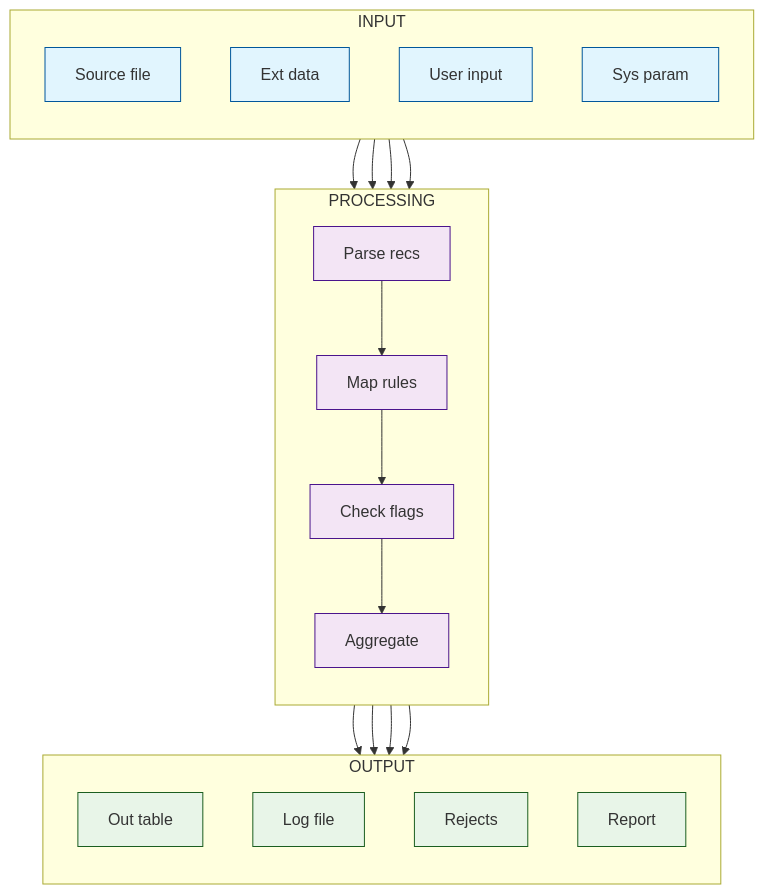
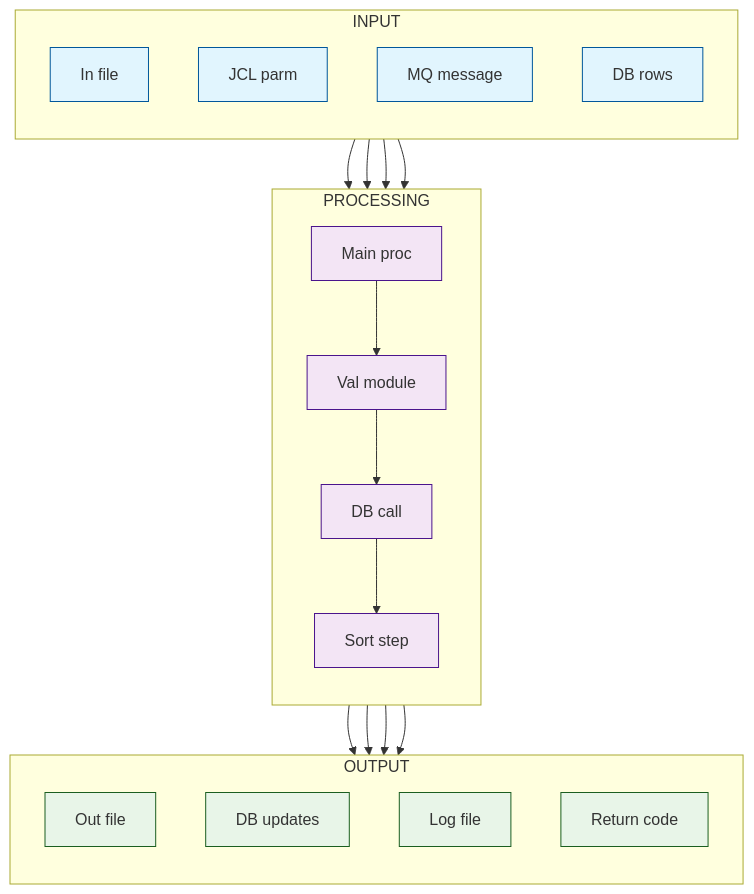
Before and after one commit to robertangeles/repo-ai-prompts: the diagram in cobol_decode_v2.md, drawn with Mermaid.

````diff
--- a/cobol_decode_v2.md
+++ b/cobol_decode_v2.md
@@ -66,46 +66,46 @@
 ```mermaid
 graph TB
     subgraph "INPUT"
         direction TB
-        IN_A[Source file]
-        IN_B[Ext data]
-        IN_C[User input]
-        IN_D[Sys param]
+        IN_FILE[In file]
+        JCL_PARM[JCL parm]
+        MQ_MSG[MQ message]
+        DB_ROWS[DB rows]
     end
 
     subgraph "PROCESSING"
         direction TB
-        PR_A[Parse recs]
-        PR_B[Map rules]
-        PR_C[Check flags]
-        PR_D[Aggregate]
+        MAIN_PROC[Main proc]
+        VAL_MOD[Val module]
+        DB_CALL[DB call]
+        SORT_STEP[Sort step]
     end
 
     subgraph "OUTPUT"
         direction TB
-        OUT_A[Out table]
-        OUT_B[Log file]
-        OUT_C[Rejects]
-        OUT_D[Report]
+        OUT_FILE[Out file]
+        OUT_TBL[DB updates]
+        LOG_FILE[Log file]
+        RET_CODE[Return code]
     end
 
-    IN_A --> PR_A
-    IN_B --> PR_B
-    IN_C --> PR_A
-    IN_D --> PR_C
-    PR_A --> PR_B
-    PR_B --> PR_C
-    PR_C --> PR_D
-    PR_D --> OUT_A
-    PR_D --> OUT_B
-    PR_C --> OUT_C
-    PR_D --> OUT_D
+    IN_FILE --> MAIN_PROC
+    JCL_PARM --> MAIN_PROC
+    MQ_MSG --> MAIN_PROC
+    DB_ROWS --> DB_CALL
+    MAIN_PROC --> VAL_MOD
+    VAL_MOD --> DB_CALL
+    DB_CALL --> SORT_STEP
+    SORT_STEP --> OUT_FILE
+    SORT_STEP --> OUT_TBL
+    SORT_STEP --> LOG_FILE
+    SORT_STEP --> RET_CODE
 
     classDef input fill:#e1f5fe,stroke:#01579b
     classDef process fill:#f3e5f5,stroke:#4a148c
     classDef output fill:#e8f5e8,stroke:#1b5e20
 
-    class IN_A,IN_B,IN_C,IN_D input
-    class PR_A,PR_B,PR_C,PR_D process
-    class OUT_A,OUT_B,OUT_C,OUT_D output
+    class IN_FILE,JCL_PARM,MQ_MSG,DB_ROWS input
+    class MAIN_PROC,VAL_MOD,DB_CALL,SORT_STEP process
+    class OUT_FILE,OUT_TBL,LOG_FILE,RET_CODE output
 ```
````
